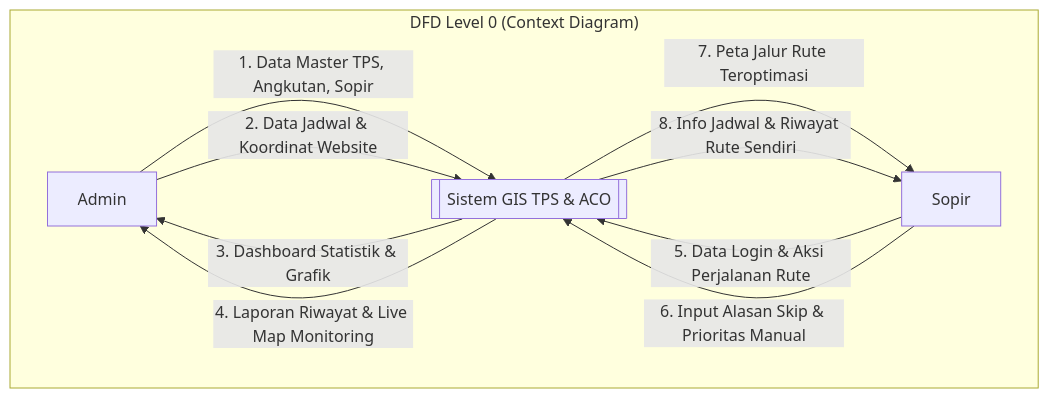
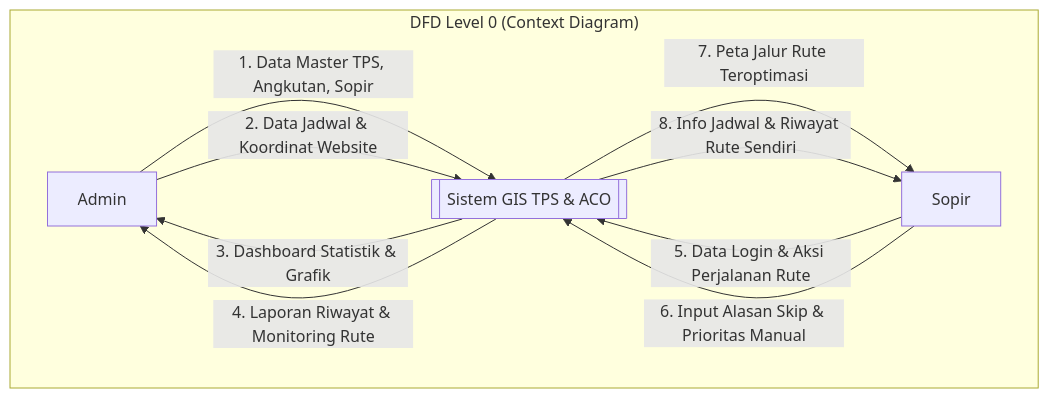
Before and after one commit to Toffazal/gis-rute-tps: the seventh of 8 diagrams in UML/uml_diagrams.md, drawn with Mermaid. The commit also changed other lines of this file and 11 other files, not shown here.

Commit message:
feat: add initial database schema and project documentation including UML diagrams

````diff
--- a/UML/uml_diagrams.md
+++ b/UML/uml_diagrams.md
@@ -327,20 +496,20 @@
 ```mermaid
 flowchart TD
     subgraph Context_Diagram ["DFD Level 0 (Context Diagram)"]
         Admin[Admin]
         Sopir[Sopir]
         System[[Sistem GIS TPS & ACO]]
 
         %% Aliran Data Admin
         Admin -->|1. Data Master TPS, Angkutan, Sopir| System
         Admin -->|2. Data Jadwal & Koordinat Website| System
         System -->|3. Dashboard Statistik & Grafik| Admin
-        System -->|4. Laporan Riwayat & Live Map Monitoring| Admin
+        System -->|4. Laporan Riwayat & Monitoring Rute| Admin
 
         %% Aliran Data Sopir
         Sopir -->|5. Data Login & Aksi Perjalanan Rute| System
         Sopir -->|6. Input Alasan Skip & Prioritas Manual| System
         System -->|7. Peta Jalur Rute Teroptimasi| Sopir
         System -->|8. Info Jadwal & Riwayat Rute Sendiri| Sopir
     end
 ```
````
